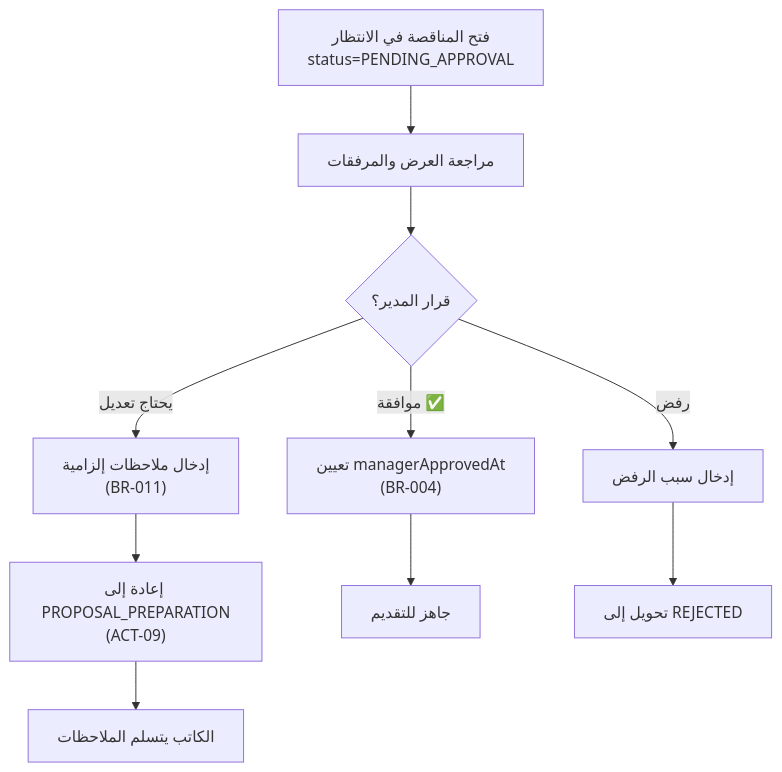
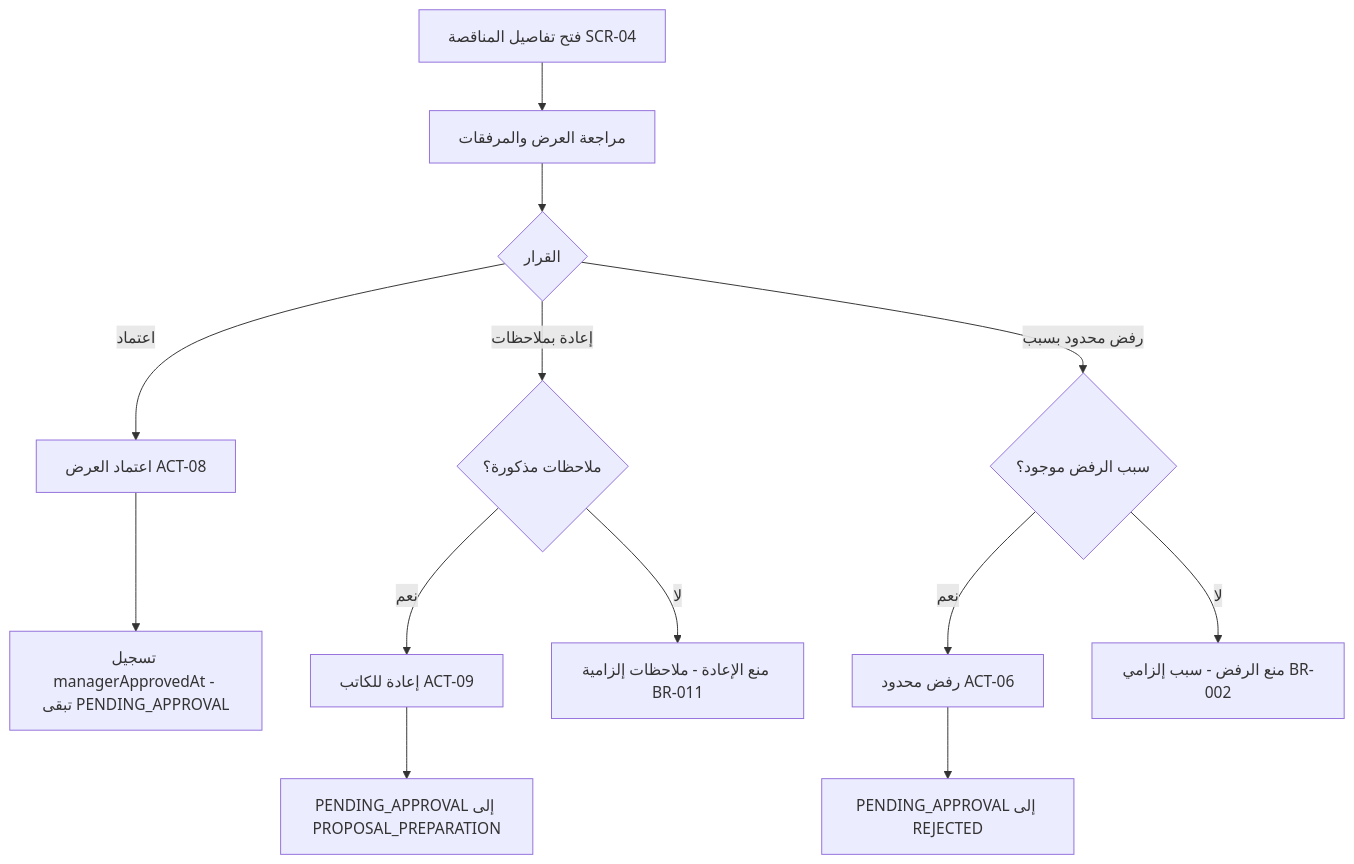
The fourth of 7 diagrams in docs/design/03-user-journeys.md (Fares-code0/tender_x), drawn with Mermaid before and after one commit. The commit also changed other lines of this file and 4 other files, not shown here.

````diff
--- a/docs/design/03-user-journeys.md
+++ b/docs/design/03-user-journeys.md
@@ -122,12 +117,15 @@
 ```mermaid
 flowchart TD
-    A["فتح المناقصة في الانتظار<br/>status=PENDING_APPROVAL"] --> B["مراجعة العرض والمرفقات"]
-    B --> C{"قرار المدير؟"}
-    C -->|"موافقة ✅"|D["تعيين managerApprovedAt<br/>(BR-004)"]
-    C -->|"يحتاج تعديل"|E["إدخال ملاحظات إلزامية<br/>(BR-011)"]
-    E --> F["إعادة إلى PROPOSAL_PREPARATION<br/>(ACT-09)"]
-    D --> G["جاهز للتقديم"]
-    F --> H["الكاتب يتسلم الملاحظات"]
-    C -->|"رفض"|I["إدخال سبب الرفض"]
-    I --> J["تحويل إلى REJECTED"]
+    A[فتح تفاصيل المناقصة SCR-04] --> B[مراجعة العرض والمرفقات]
+    B --> C{القرار}
+    C -->|اعتماد| D[اعتماد العرض ACT-08]
+    D --> E[تسجيل managerApprovedAt - تبقى PENDING_APPROVAL]
+    C -->|إعادة بملاحظات| F{ملاحظات مذكورة؟}
+    F -->|نعم| G[إعادة للكاتب ACT-09]
+    G --> H[PENDING_APPROVAL إلى PROPOSAL_PREPARATION]
+    F -->|لا| I[منع الإعادة - ملاحظات إلزامية BR-011]
+    C -->|رفض محدود بسبب| J{سبب الرفض موجود؟}
+    J -->|نعم| K[رفض محدود ACT-06]
+    K --> L[PENDING_APPROVAL إلى REJECTED]
+    J -->|لا| M[منع الرفض - سبب إلزامي BR-002]
 ```
````
